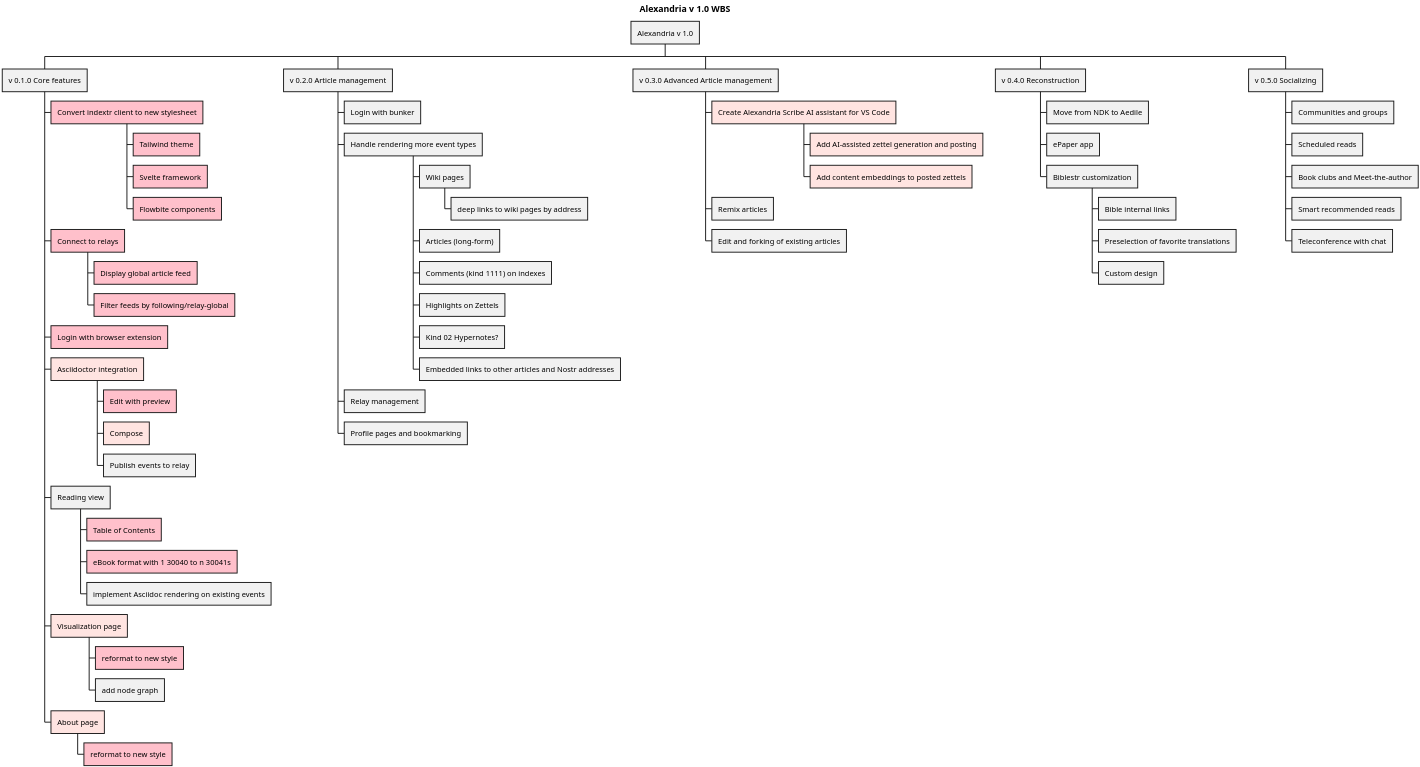
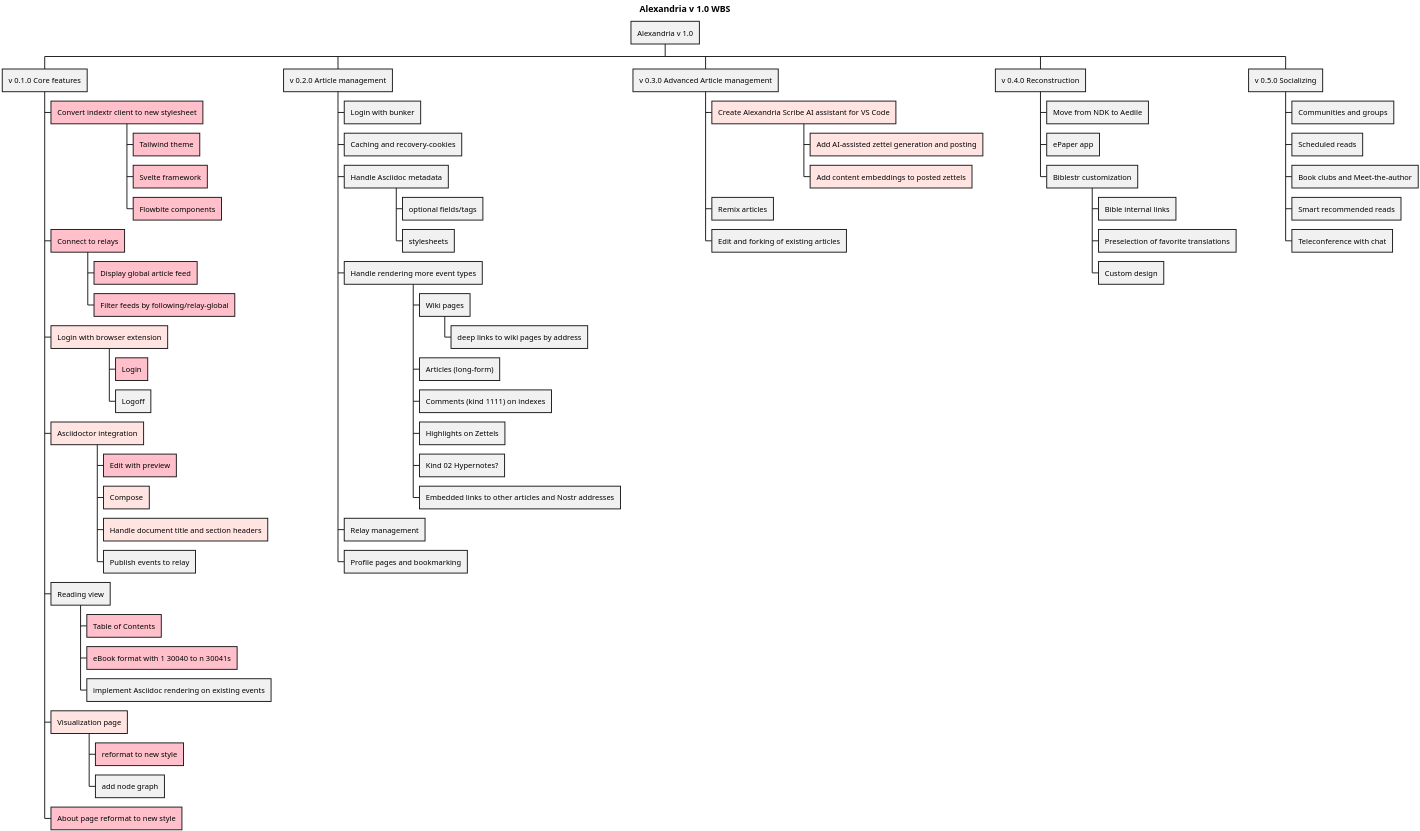
One commit to ShadowySupercode/gitcitadel changed the diagram in plantUML/Alexandria/Alexandria_v1.0_WBS.puml. Above: the diagram before and after it, drawn with PlantUML. The commit also changed 1 other file, not shown here.

```diff
--- a/plantUML/Alexandria/Alexandria_v1.0_WBS.puml
+++ b/plantUML/Alexandria/Alexandria_v1.0_WBS.puml
@@ -1,72 +1,78 @@
 @startwbs Alexandria_v1.0_WBS
 
 <style>
 wbsDiagram {
   .pink {
       BackgroundColor pink
   }
     .lightpink {
       BackgroundColor MistyRose
   }
 }
 </style>
 
 skinparam dpi 300
 title Alexandria v 1.0 WBS
 
 * Alexandria v 1.0
 ** v 0.1.0 Core features
 *** Convert indextr client to new stylesheet <<pink>>
 **** Tailwind theme <<pink>>
 **** Svelte framework <<pink>>
 **** Flowbite components <<pink>>
 *** Connect to relays <<pink>>
 **** Display global article feed <<pink>>
 **** Filter feeds by following/relay-global <<pink>>
-*** Login with browser extension <<pink>>
+*** Login with browser extension <<lightpink>>
+**** Login <<pink>>
+**** Logoff
 *** Asciidoctor integration <<lightpink>>
 **** Edit with preview <<pink>>
 **** Compose <<lightpink>>
+**** Handle document title and section headers <<lightpink>>
 **** Publish events to relay
 *** Reading view
 **** Table of Contents <<pink>>
 **** eBook format with 1 30040 to n 30041s <<pink>>
 **** implement Asciidoc rendering on existing events
 *** Visualization page <<lightpink>>
 **** reformat to new style <<pink>>
 **** add node graph
-*** About page <<lightpink>>
-**** reformat to new style <<pink>>
+*** About page reformat to new style <<pink>>
 ** v 0.2.0 Article management
 *** Login with bunker
+*** Caching and recovery-cookies
+*** Handle Asciidoc metadata
+**** optional fields/tags
+**** stylesheets
 *** Handle rendering more event types
 **** Wiki pages
 ***** deep links to wiki pages by address
 **** Articles (long-form)
 **** Comments (kind 1111) on indexes
 **** Highlights on Zettels
 **** Kind 02 Hypernotes?
 **** Embedded links to other articles and Nostr addresses
 *** Relay management
 *** Profile pages and bookmarking
 ** v 0.3.0 Advanced Article management
 *** Create Alexandria Scribe AI assistant for VS Code <<lightpink>>
 **** Add AI-assisted zettel generation and posting <<lightpink>>
 **** Add content embeddings to posted zettels <<lightpink>>
 *** Remix articles
 *** Edit and forking of existing articles
 ** v 0.4.0 Reconstruction
 *** Move from NDK to Aedile
 *** ePaper app
 *** Biblestr customization
 **** Bible internal links
 **** Preselection of favorite translations
 **** Custom design
 ** v 0.5.0 Socializing
 *** Communities and groups
 *** Scheduled reads
 *** Book clubs and Meet-the-author
 *** Smart recommended reads
 *** Teleconference with chat
 
 @endwbs
```
